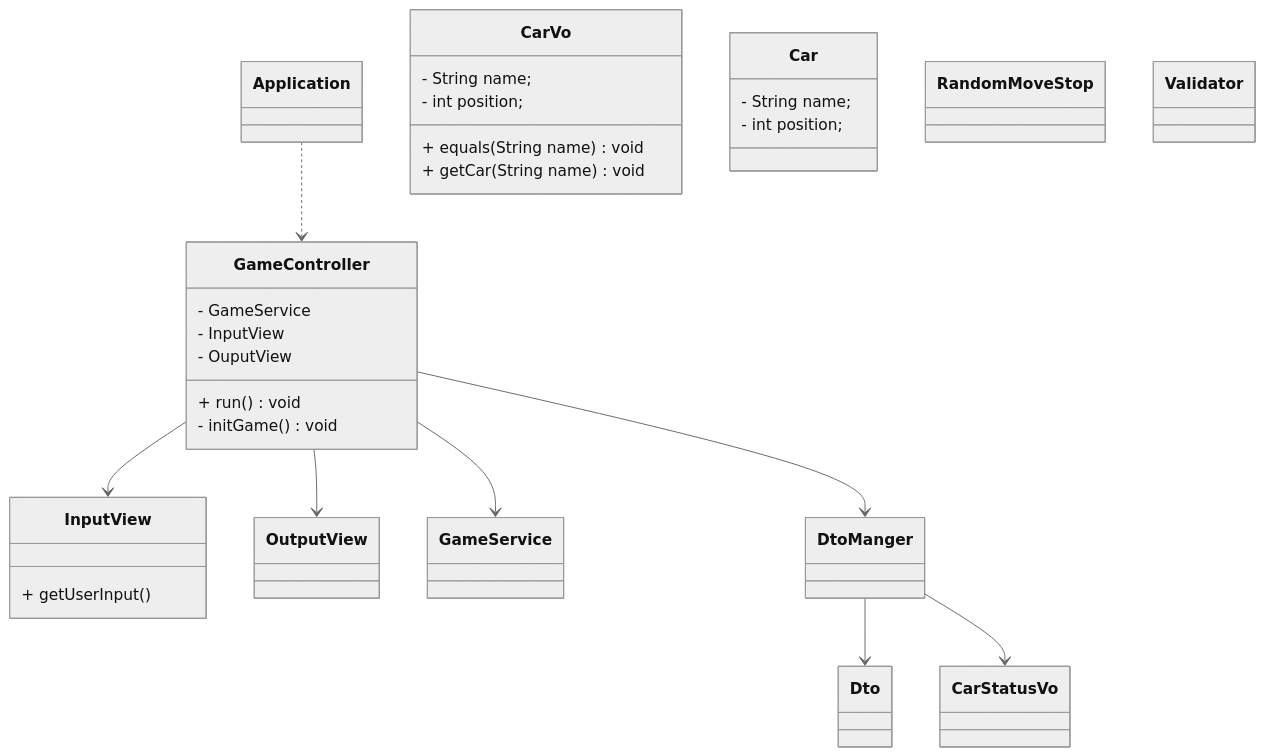
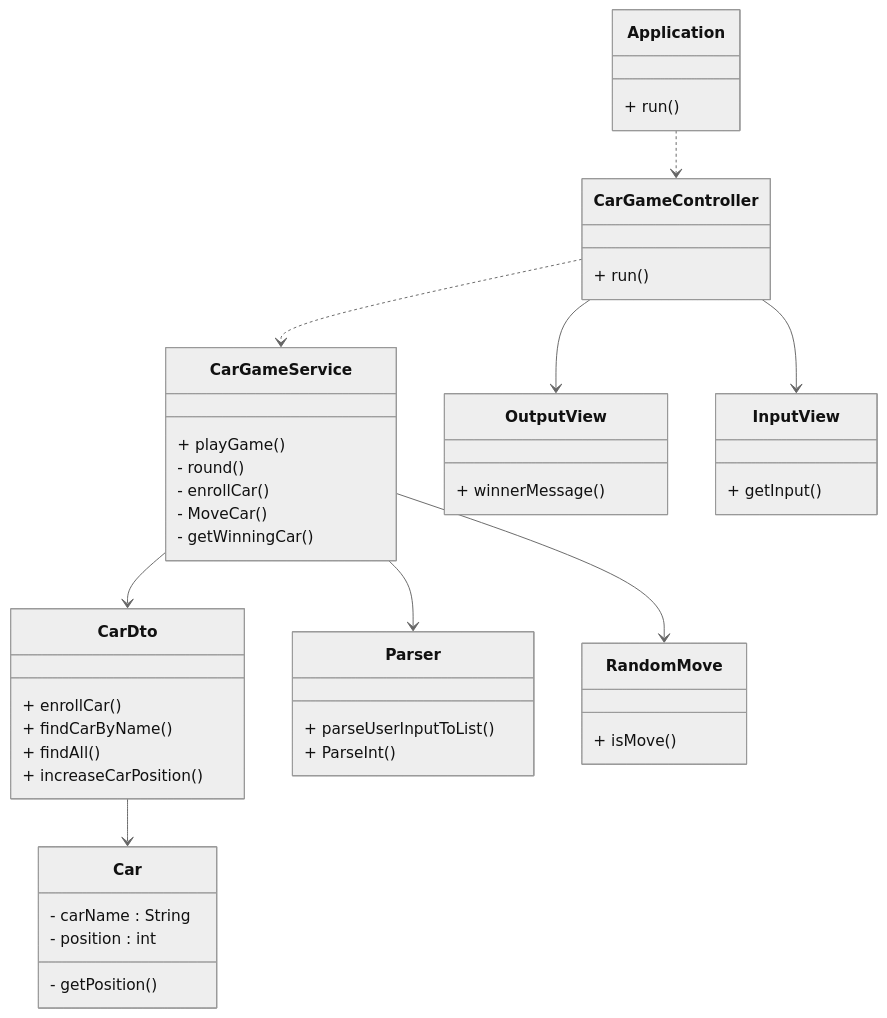
Before and after one commit to woowacourse-precourse/java-racingcar-6: the diagram in docs/README.md, drawn with Mermaid (neutral theme). The commit also changed 1 other file, not shown here.

Commit message:
docs: 클래스 구조도 수정

````diff
--- a/docs/README.md
+++ b/docs/README.md
@@ -14,65 +14,60 @@
 ```mermaid
 classDiagram
-    Application ..> GameController
+    Application ..> CarGameController
+    CarGameController ..> CarGameService
+    CarGameController --> OutputView
+    CarGameController --> InputView
     
-    GameController --> InputView
-    GameController --> OutputView
-    GameController --> GameService
-    
-    GameController --> DtoManger
-    DtoManger --> Dto
-    DtoManger --> CarStatusVo
+    CarGameService --> CarDto
+    CarGameService --> Parser
+    CarGameService --> RandomMove
+
+    CarDto --> Car
     
     class Application {
-        
+        + run()
     }
     %% controller 
-    class GameController {
-        - GameService
-        - InputView
-        - OuputView
-        + run() void
-        - initGame() void
+    class CarGameController {
+        + run()
     }
     %% view
+    class CarGameService {
+        + playGame()
+        - round()
+        - enrollCar()
+        - MoveCar()
+        - getWinningCar()
+    }
+    
+    class CarDto {
+        + enrollCar()
+        + findCarByName()
+        + findAll()
+        + increaseCarPosition()
+    }
+    
     class InputView {
-        + getUserInput()
+        + getInput()
     }
     
     class OutputView {
-        
-    }
-    %% service
-    class GameService {
-        
-    }
-    %% dto
-    class Dto {
-        
-    }
-    
-    class CarVo {
-        - String name;
-        - int position;
-        + equals(String name) void
-        + getCar(String name) void
+        + winnerMessage()
     }
     
     class Car {
-        - String name;
-        - int position;
+        - carName : String
+        - position : int
+        - getPosition()
     }
-    %% model
-    class RandomMoveStop {
-        
+
+    class RandomMove {
+        + isMove()
     }
     
-    %% util
-    class DtoManger {
-        
+    class Parser {
+        + parseUserInputToList()
+        + ParseInt()
     }
     
-    class Validator {
-        
-    }
 ```
````
